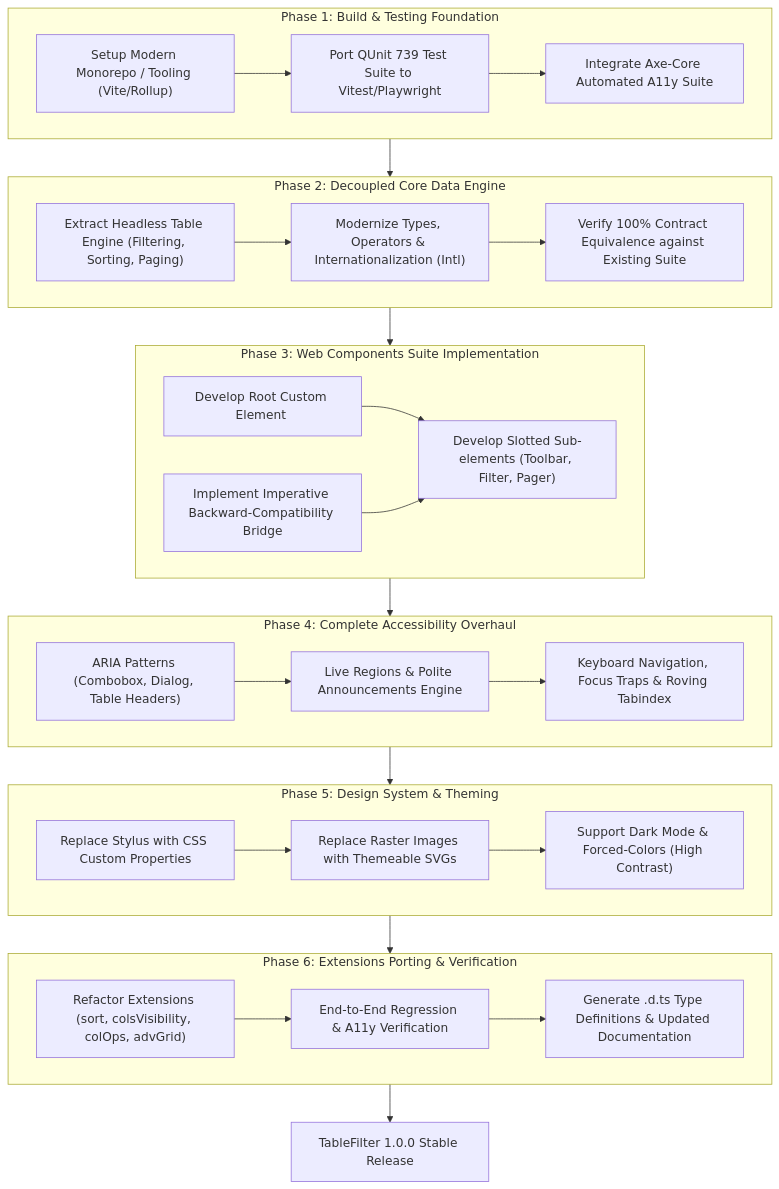
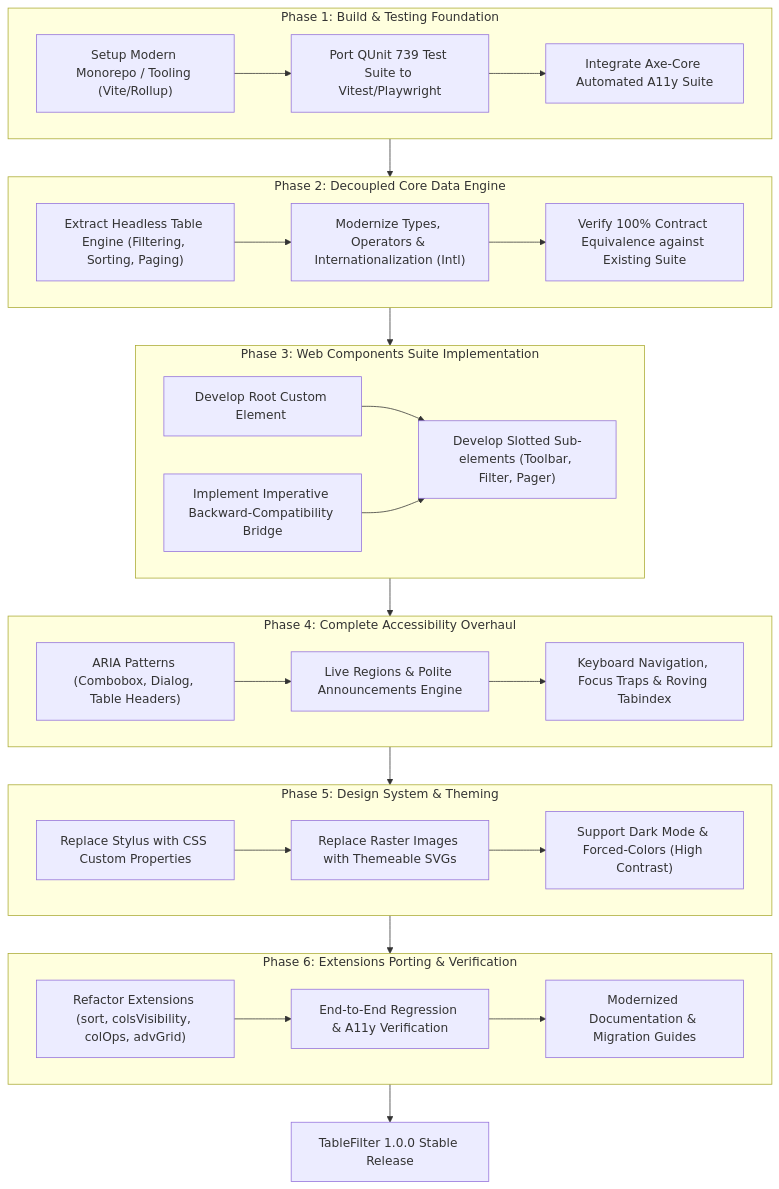
Before and after one commit to koalyptus/TableFilter: the diagram in ROADMAP/v1-webcomponents-investigation.md, drawn with Mermaid. The commit also changed other lines of this file, not shown here.

Commit message:
docs(roadmap): keep pure modern JavaScript and avoid unnecessary TypeScript migration overhead

````diff
--- a/ROADMAP/v1-webcomponents-investigation.md
+++ b/ROADMAP/v1-webcomponents-investigation.md
@@ -366,39 +366,39 @@
 ```mermaid
 flowchart TD
     subgraph Phase1["Phase 1: Build & Testing Foundation"]
         P1_1["Setup Modern Monorepo / Tooling (Vite/Rollup)"] --> P1_2["Port QUnit 739 Test Suite to Vitest/Playwright"]
         P1_2 --> P1_3["Integrate Axe-Core Automated A11y Suite"]
     end
 
     subgraph Phase2["Phase 2: Decoupled Core Data Engine"]
         P2_1["Extract Headless Table Engine (Filtering, Sorting, Paging)"] --> P2_2["Modernize Types, Operators & Internationalization (Intl)"]
         P2_2 --> P2_3["Verify 100% Contract Equivalence against Existing Suite"]
     end
 
     subgraph Phase3["Phase 3: Web Components Suite Implementation"]
         P3_1["Develop Root Custom Element <table-filter>"] --> P3_2["Develop Slotted Sub-elements (Toolbar, Filter, Pager)"]
         P3_3["Implement Imperative Backward-Compatibility Bridge"] --> P3_2
     end
 
     subgraph Phase4["Phase 4: Complete Accessibility Overhaul"]
         P4_1["ARIA Patterns (Combobox, Dialog, Table Headers)"] --> P4_2["Live Regions & Polite Announcements Engine"]
         P4_2 --> P4_3["Keyboard Navigation, Focus Traps & Roving Tabindex"]
     end
 
     subgraph Phase5["Phase 5: Design System & Theming"]
         P5_1["Replace Stylus with CSS Custom Properties"] --> P5_2["Replace Raster Images with Themeable SVGs"]
         P5_2 --> P5_3["Support Dark Mode & Forced-Colors (High Contrast)"]
     end
 
     subgraph Phase6["Phase 6: Extensions Porting & Verification"]
         P6_1["Refactor Extensions (sort, colsVisibility, colOps, advGrid)"] --> P6_2["End-to-End Regression & A11y Verification"]
-        P6_2 --> P6_3["Generate .d.ts Type Definitions & Updated Documentation"]
+        P6_2 --> P6_3["Modernized Documentation & Migration Guides"]
     end
 
     Phase1 --> Phase2
     Phase2 --> Phase3
     Phase3 --> Phase4
     Phase4 --> Phase5
     Phase5 --> Phase6
     Phase6 --> Milestone1["TableFilter 1.0.0 Stable Release"]
 ```
````
